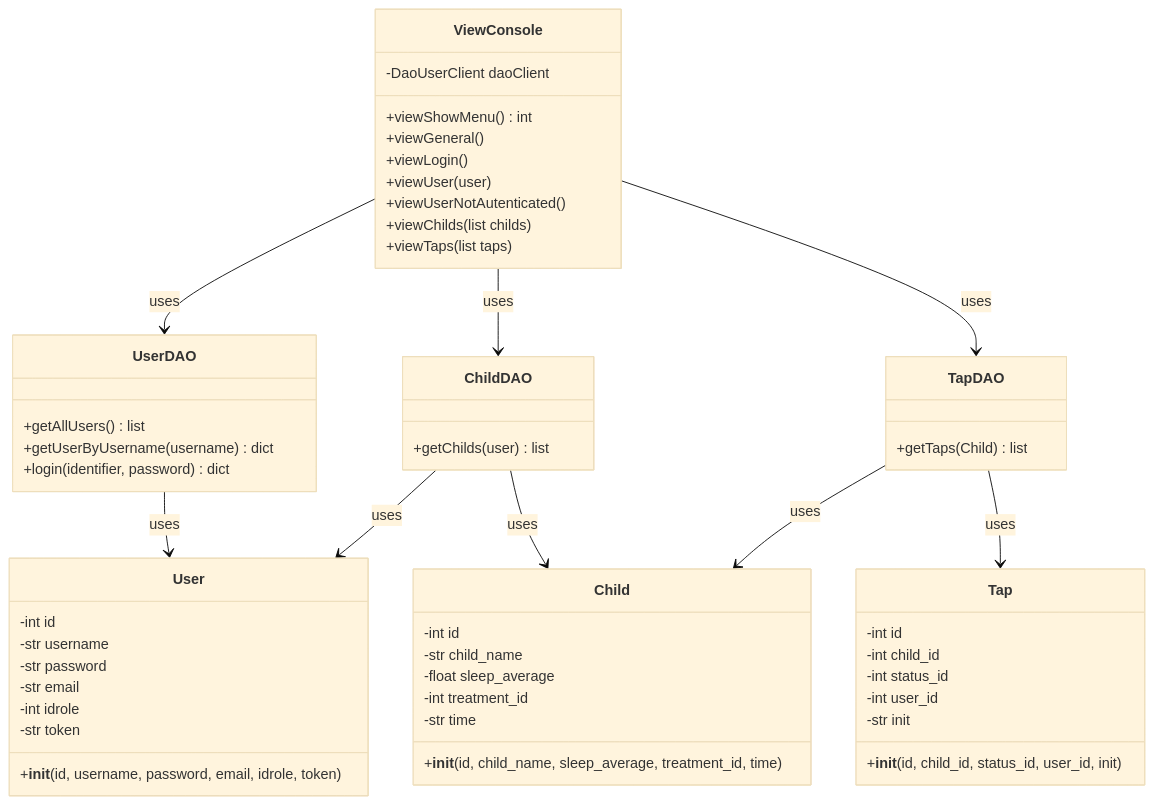
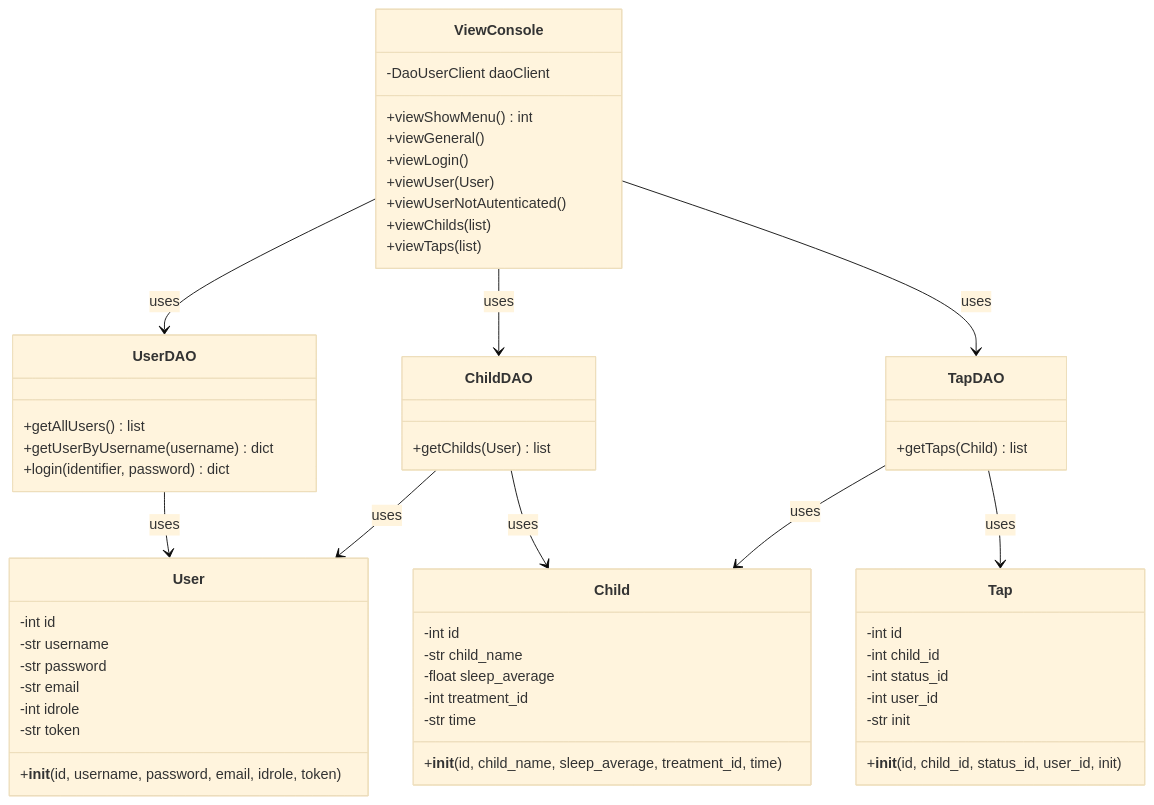
The diagram in charts/classdiagramClientP2.mermaid (amallad2/entorns2526), drawn with Mermaid (base theme) before and after one commit. The commit also changed 1 other file, not shown here.

```diff
--- a/charts/classdiagramClientP2.mermaid
+++ b/charts/classdiagramClientP2.mermaid
@@ -1,68 +1,68 @@
 classDiagram
     class User {
         -int id
         -str username
         -str password
         -str email
         -int idrole
         -str token
         +__init__(id, username, password, email, idrole, token)
     }
 
     class Child {
         -int id
         -str child_name
         -float sleep_average
         -int treatment_id
         -str time
         +__init__(id, child_name, sleep_average, treatment_id, time)
     }
 
     
     class Tap {
         -int id
         -int child_id
         -int status_id
         -int user_id
         -str init
         +__init__(id, child_id, status_id, user_id, init)
     }
 
     
     class UserDAO {
-        +getAllUsers() list
+        +getAllUsers() list<User>
         +getUserByUsername(username) dict
         +login(identifier, password) dict
     }
 
     class ChildDAO {
-        +getChilds(user) list
+        +getChilds(User) list<Child>
     }
 
     class TapDAO {
-        +getTaps(Child) list
+        +getTaps(Child) list<Tap>
     }
 
     class ViewConsole {
         -DaoUserClient daoClient
         +viewShowMenu() int
         +viewGeneral()
         +viewLogin()
-        +viewUser(user)
+        +viewUser(User)
         +viewUserNotAutenticated()
-        +viewChilds(list childs)
-        +viewTaps(list taps)
+        +viewChilds(list<Child>)
+        +viewTaps(list<Tap>)
     }
 
 
     %% Relacions
    
     
     UserDAO --> User : uses
     ChildDAO --> Child : uses
     ChildDAO --> User : uses
     TapDAO --> Tap : uses
     TapDAO --> Child : uses
     ViewConsole --> UserDAO : uses
     ViewConsole --> ChildDAO : uses
     ViewConsole --> TapDAO : uses
```
